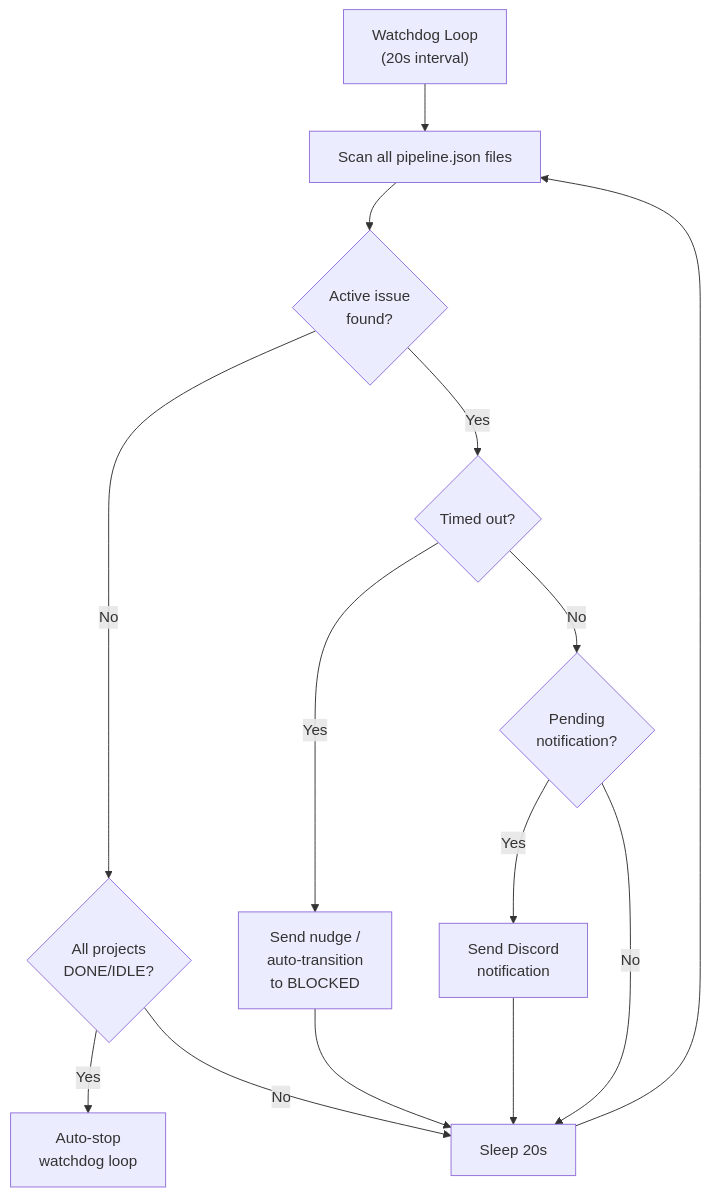
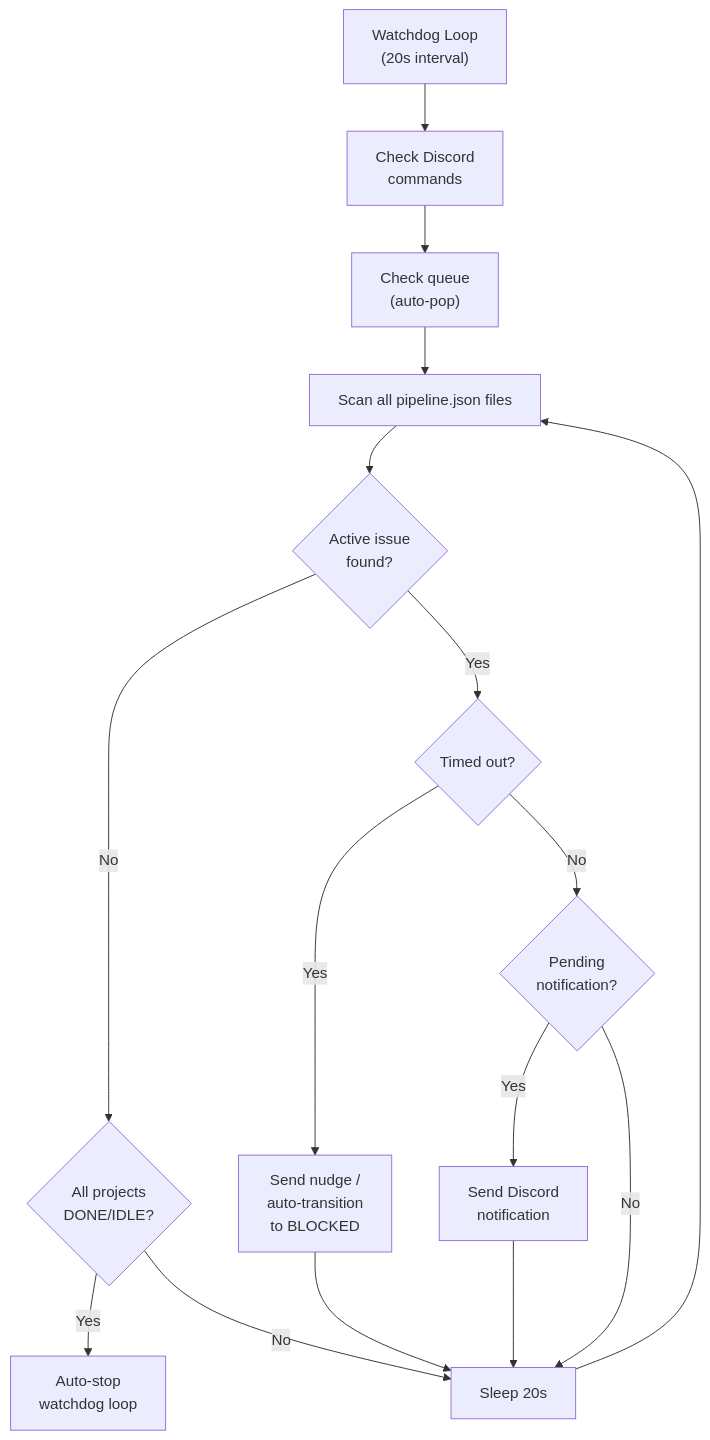
One commit to atakalive/gokrax changed the fourth of 6 diagrams in docs/architecture.md. Above: the diagram before and after it, drawn with Mermaid. The commit also changed other lines of this file, not shown here.

First line of the commit message:
docs: update architecture.md to reflect current codebase. Closes #262

````diff
--- a/docs/architecture.md
+++ b/docs/architecture.md
@@ -236,16 +262,18 @@
 ```mermaid
 graph TD
-    START["Watchdog Loop<br/>(20s interval)"] --> SCAN["Scan all pipeline.json files"]
+    START["Watchdog Loop<br/>(20s interval)"] --> DISCORD["Check Discord<br/>commands"]
+    DISCORD --> QUEUE["Check queue<br/>(auto-pop)"]
+    QUEUE --> SCAN["Scan all pipeline.json files"]
     SCAN --> CHECK{"Active issue<br/>found?"}
     CHECK -->|No| IDLE_CHECK{"All projects<br/>DONE/IDLE?"}
     IDLE_CHECK -->|Yes| STOP["Auto-stop<br/>watchdog loop"]
     IDLE_CHECK -->|No| WAIT["Sleep 20s"]
     CHECK -->|Yes| TIMEOUT{"Timed out?"}
     TIMEOUT -->|Yes| NUDGE["Send nudge /<br/>auto-transition<br/>to BLOCKED"]
     TIMEOUT -->|No| PENDING{"Pending<br/>notification?"}
     PENDING -->|Yes| NOTIFY["Send Discord<br/>notification"]
     PENDING -->|No| WAIT
     NUDGE --> WAIT
     NOTIFY --> WAIT
     WAIT --> SCAN
 ```
````
